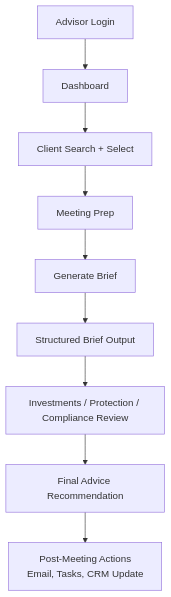
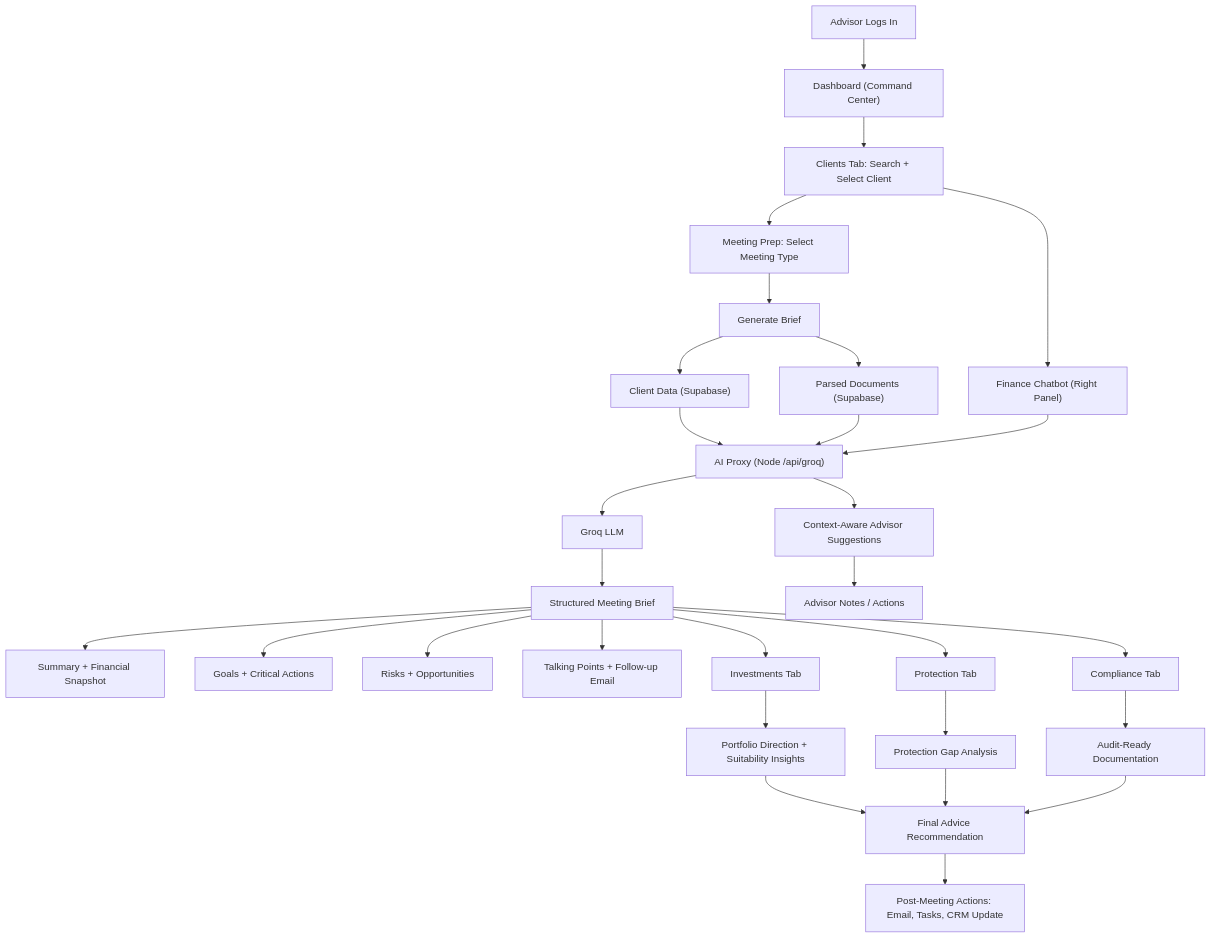
The diagram in README.md (organicall/jarvis_aai), drawn with Mermaid before and after one commit. The commit also changed other lines of this file, not shown here.

````diff
--- a/README.md
+++ b/README.md
@@ -16,11 +16,38 @@
 ```mermaid
 flowchart TB
-    A["Advisor Login"] --> B["Dashboard"]
-    B --> C["Client Search + Select"]
-    C --> D["Meeting Prep"]
+    A["Advisor Logs In"] --> B["Dashboard (Command Center)"]
+    B --> C["Clients Tab: Search + Select Client"]
+    C --> D["Meeting Prep: Select Meeting Type"]
     D --> E["Generate Brief"]
-    E --> F["Structured Brief Output"]
-    F --> G["Investments / Protection / Compliance Review"]
-    G --> H["Final Advice Recommendation"]
-    H --> I["Post-Meeting Actions<br/>Email, Tasks, CRM Update"]
+
+    E --> F["Client Data (Supabase)"]
+    E --> G["Parsed Documents (Supabase)"]
+    F --> H["AI Proxy (Node /api/groq)"]
+    G --> H
+    H --> I["Groq LLM"]
+
+    I --> J["Structured Meeting Brief"]
+    J --> J1["Summary + Financial Snapshot"]
+    J --> J2["Goals + Critical Actions"]
+    J --> J3["Risks + Opportunities"]
+    J --> J4["Talking Points + Follow-up Email"]
+
+    C --> K["Finance Chatbot (Right Panel)"]
+    K --> H
+    H --> L["Context-Aware Advisor Suggestions"]
+    L --> M["Advisor Notes / Actions"]
+
+    J --> N["Investments Tab"]
+    J --> O["Protection Tab"]
+    J --> P["Compliance Tab"]
+
+    N --> Q["Portfolio Direction + Suitability Insights"]
+    O --> R["Protection Gap Analysis"]
+    P --> S["Audit-Ready Documentation"]
+
+    Q --> T["Final Advice Recommendation"]
+    R --> T
+    S --> T
+
+    T --> U["Post-Meeting Actions: Email, Tasks, CRM Update"]
 ```
````
